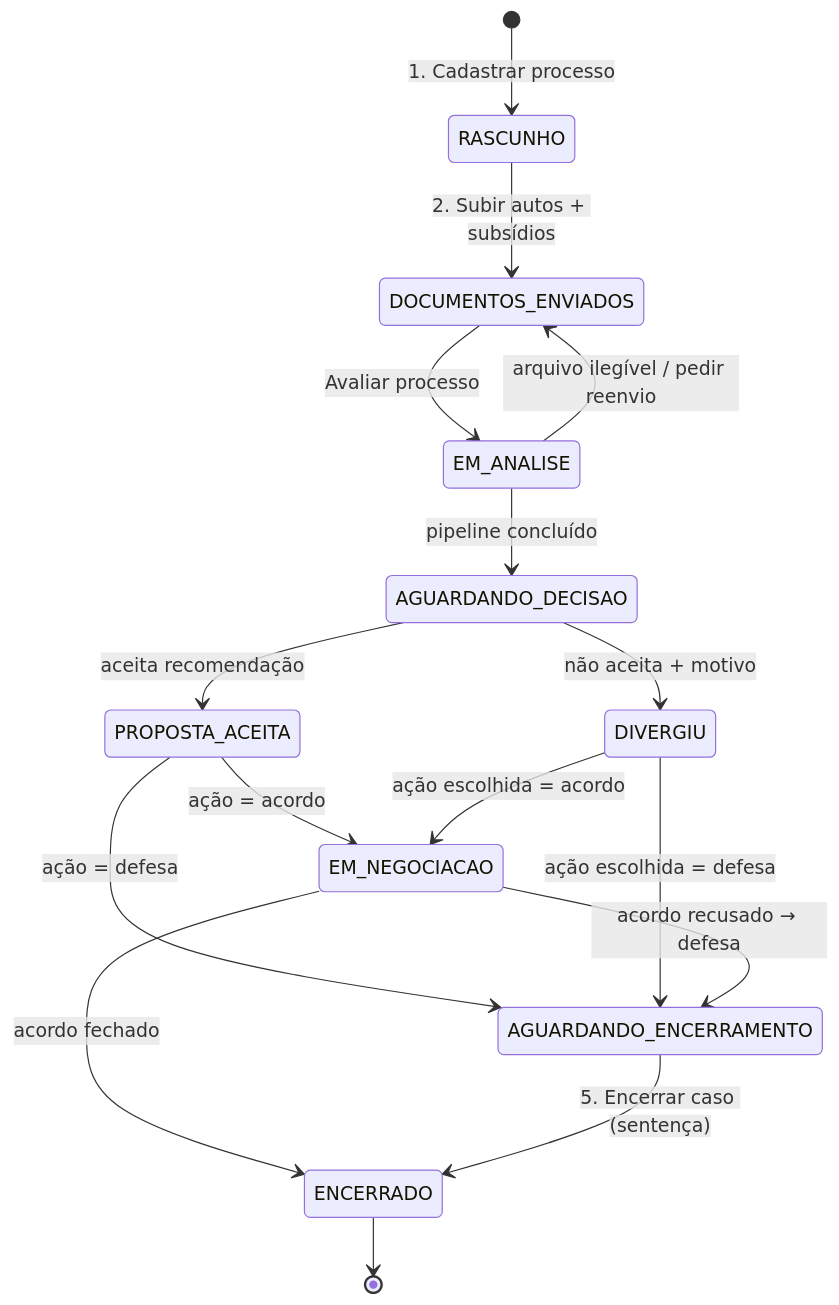
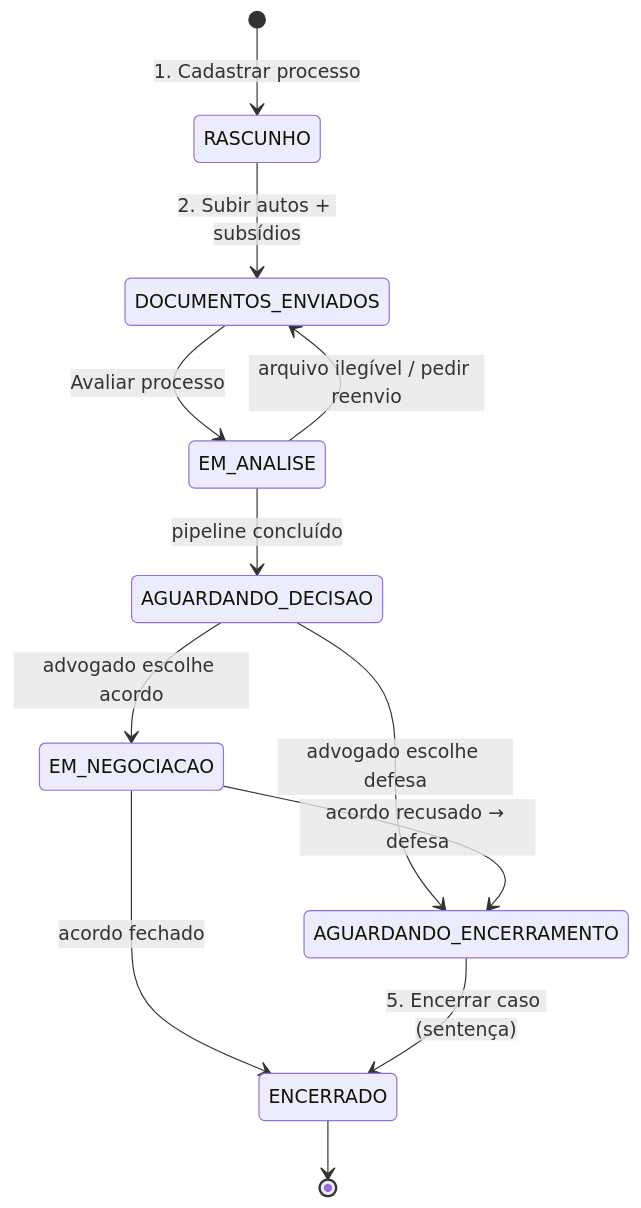
One commit to sll-bruno/hackathon-unicamp-2026 changed the second of 4 diagrams in docs/ARCHITECTURE.md. Above: the diagram before and after it, drawn with Mermaid. The commit also changed other lines of this file and 44 other files, not shown here.

````diff
--- a/docs/ARCHITECTURE.md
+++ b/docs/ARCHITECTURE.md
@@ -89,18 +92,14 @@
 ```mermaid
 stateDiagram-v2
   [*] --> RASCUNHO: 1. Cadastrar processo
   RASCUNHO --> DOCUMENTOS_ENVIADOS: 2. Subir autos + subsídios
   DOCUMENTOS_ENVIADOS --> EM_ANALISE: Avaliar processo
   EM_ANALISE --> DOCUMENTOS_ENVIADOS: arquivo ilegível / pedir reenvio
   EM_ANALISE --> AGUARDANDO_DECISAO: pipeline concluído
-  AGUARDANDO_DECISAO --> PROPOSTA_ACEITA: aceita recomendação
-  AGUARDANDO_DECISAO --> DIVERGIU: não aceita + motivo
-  PROPOSTA_ACEITA --> EM_NEGOCIACAO: ação = acordo
-  DIVERGIU --> EM_NEGOCIACAO: ação escolhida = acordo
-  PROPOSTA_ACEITA --> AGUARDANDO_ENCERRAMENTO: ação = defesa
-  DIVERGIU --> AGUARDANDO_ENCERRAMENTO: ação escolhida = defesa
+  AGUARDANDO_DECISAO --> EM_NEGOCIACAO: advogado escolhe acordo
+  AGUARDANDO_DECISAO --> AGUARDANDO_ENCERRAMENTO: advogado escolhe defesa
   EM_NEGOCIACAO --> AGUARDANDO_ENCERRAMENTO: acordo recusado → defesa
   EM_NEGOCIACAO --> ENCERRADO: acordo fechado
   AGUARDANDO_ENCERRAMENTO --> ENCERRADO: 5. Encerrar caso (sentença)
   ENCERRADO --> [*]
 ```
````
